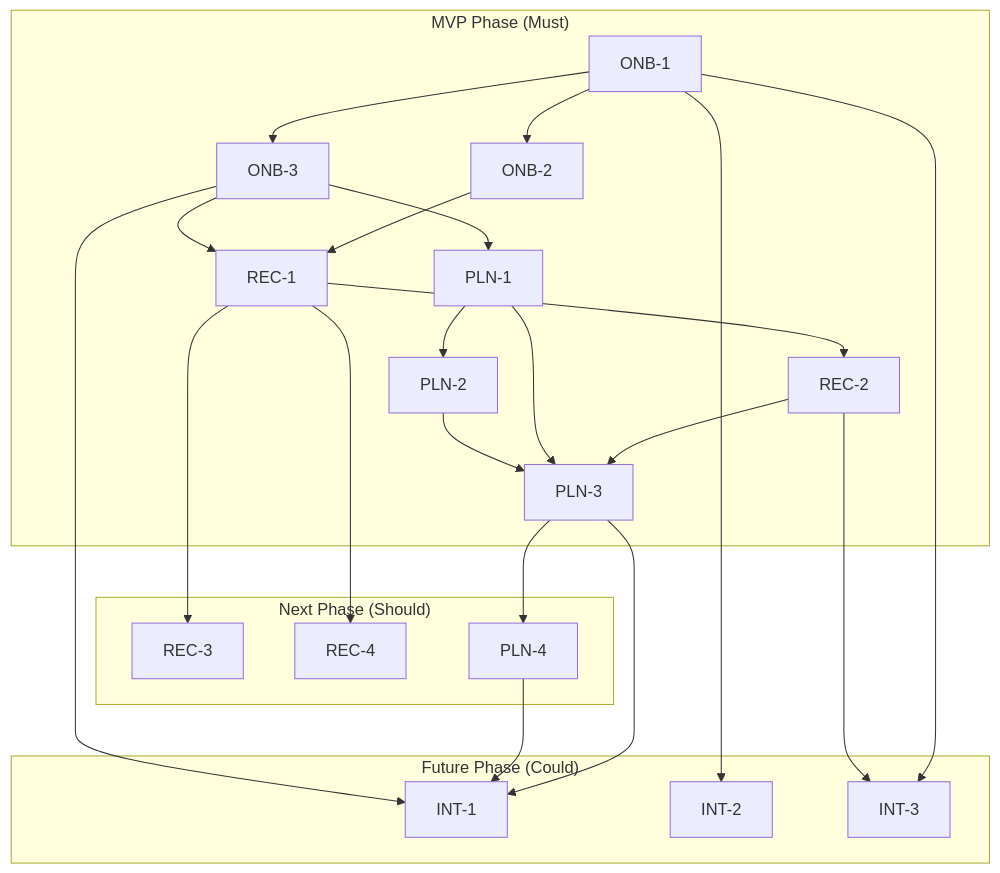
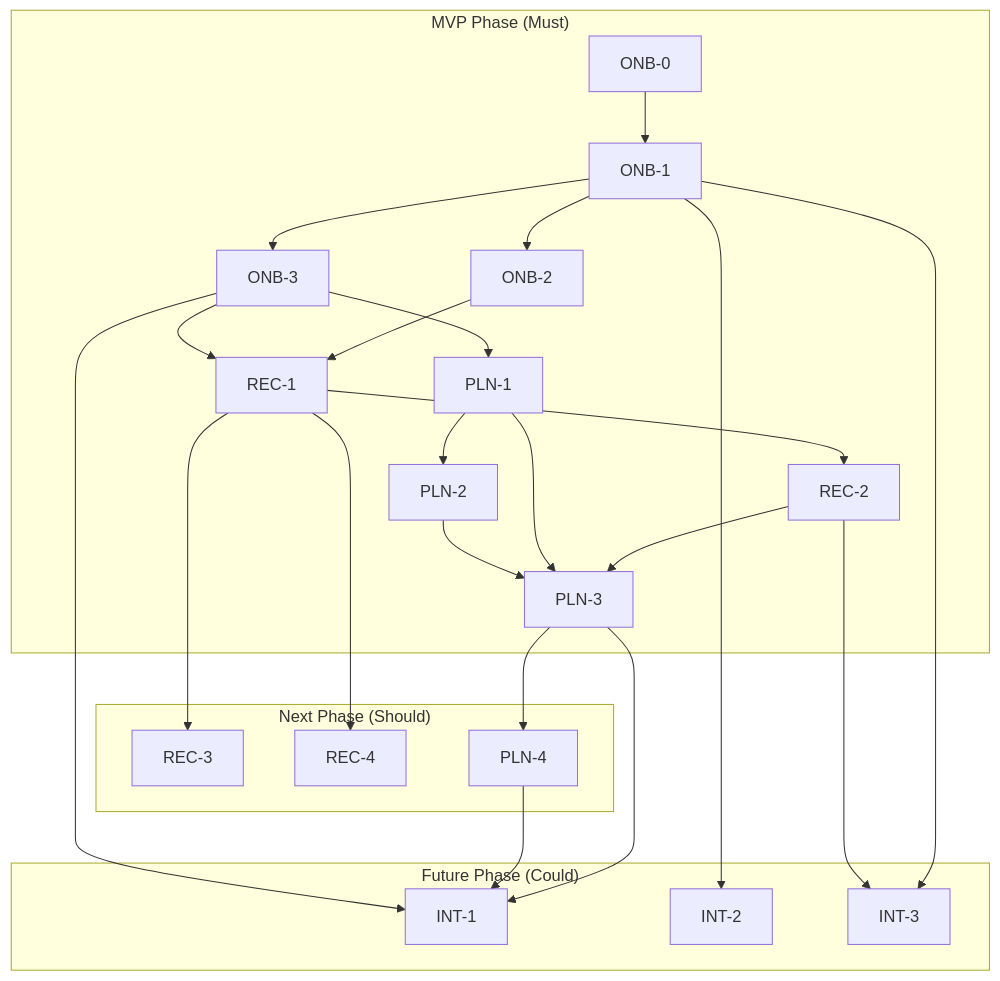
Before and after one commit to Kikofah/smartFit_daily: the diagram in docs/01-requirements/02-plan/release-plan.md, drawn with Mermaid. The commit also changed other lines of this file and 21 other files, not shown here.

````diff
--- a/docs/01-requirements/02-plan/release-plan.md
+++ b/docs/01-requirements/02-plan/release-plan.md
@@ -116,34 +137,35 @@
 ```mermaid
 flowchart TD
     subgraph P1["MVP Phase (Must)"]
-        ONB1["ONB-1"] --> ONB2["ONB-2"]
+        ONB0["ONB-0"] --> ONB1["ONB-1"]
+        ONB1 --> ONB2["ONB-2"]
         ONB1 --> ONB3["ONB-3"]
         ONB2 --> REC1["REC-1"]
         ONB3 --> REC1
         REC1 --> REC2["REC-2"]
         ONB3 --> PLN1["PLN-1"]
         PLN1 --> PLN2["PLN-2"]
         REC2 --> PLN3["PLN-3"]
         PLN1 --> PLN3
         PLN2 --> PLN3
     end
     subgraph P2["Next Phase (Should)"]
         REC3["REC-3"]
         REC4["REC-4"]
         PLN4["PLN-4"]
     end
     subgraph P3["Future Phase (Could)"]
         INT1["INT-1"]
         INT2["INT-2"]
         INT3["INT-3"]
     end
     REC1 --> REC3
     REC1 --> REC4
     PLN3 --> PLN4
     PLN3 --> INT1
     PLN4 --> INT1
     ONB3 --> INT1
     ONB1 --> INT2
     ONB1 --> INT3
     REC2 --> INT3
 ```
````
